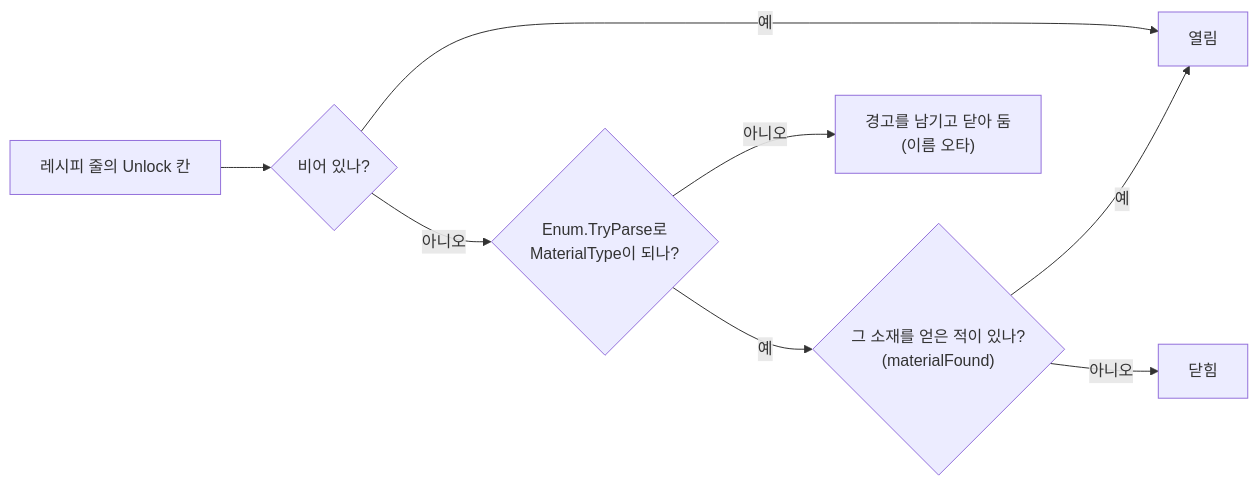
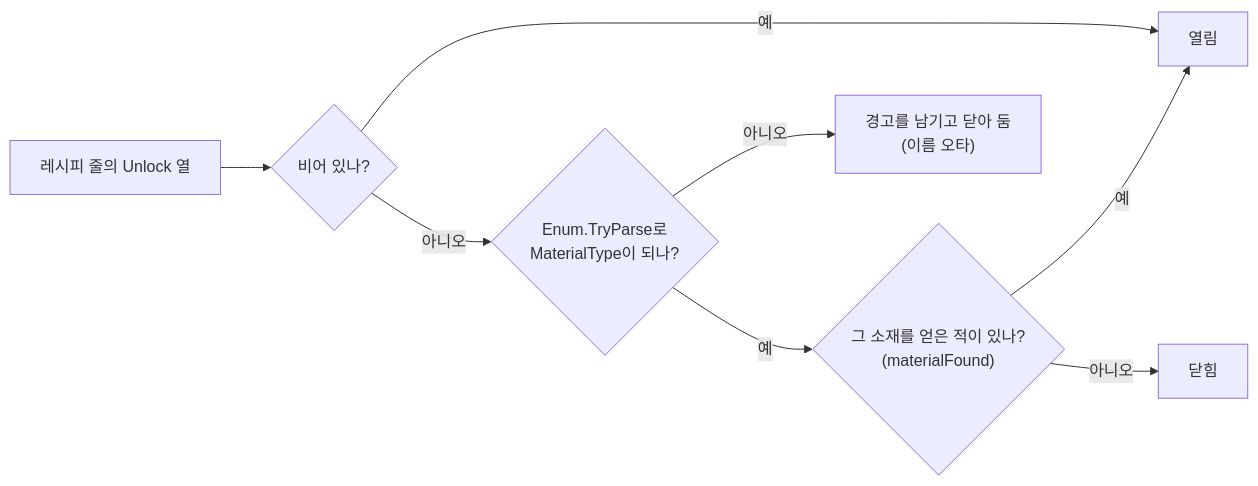
Before and after one commit to Gryphon34/portfolio-template: diagram 18 of 18 in src/2-soul-knight/기술문서.md, drawn with Mermaid. The commit also changed other lines of this file and 6 other files, not shown here.

````diff
--- a/src/2-soul-knight/기술문서.md
+++ b/src/2-soul-knight/기술문서.md
@@ -1357,10 +1204,10 @@
 ```mermaid
 flowchart LR
-    U["레시피 줄의 Unlock 칸"] --> E{"비어 있나?"}
+    U["레시피 줄의 Unlock 열"] --> E{"비어 있나?"}
     E -->|예| O["열림"]
     E -->|아니오| P{"Enum.TryParse로<br/>MaterialType이 되나?"}
     P -->|아니오| W["경고를 남기고 닫아 둠<br/>(이름 오타)"]
     P -->|예| F{"그 소재를 얻은 적이 있나?<br/>(materialFound)"}
     F -->|예| O
     F -->|아니오| C["닫힘"]
 ```
````
